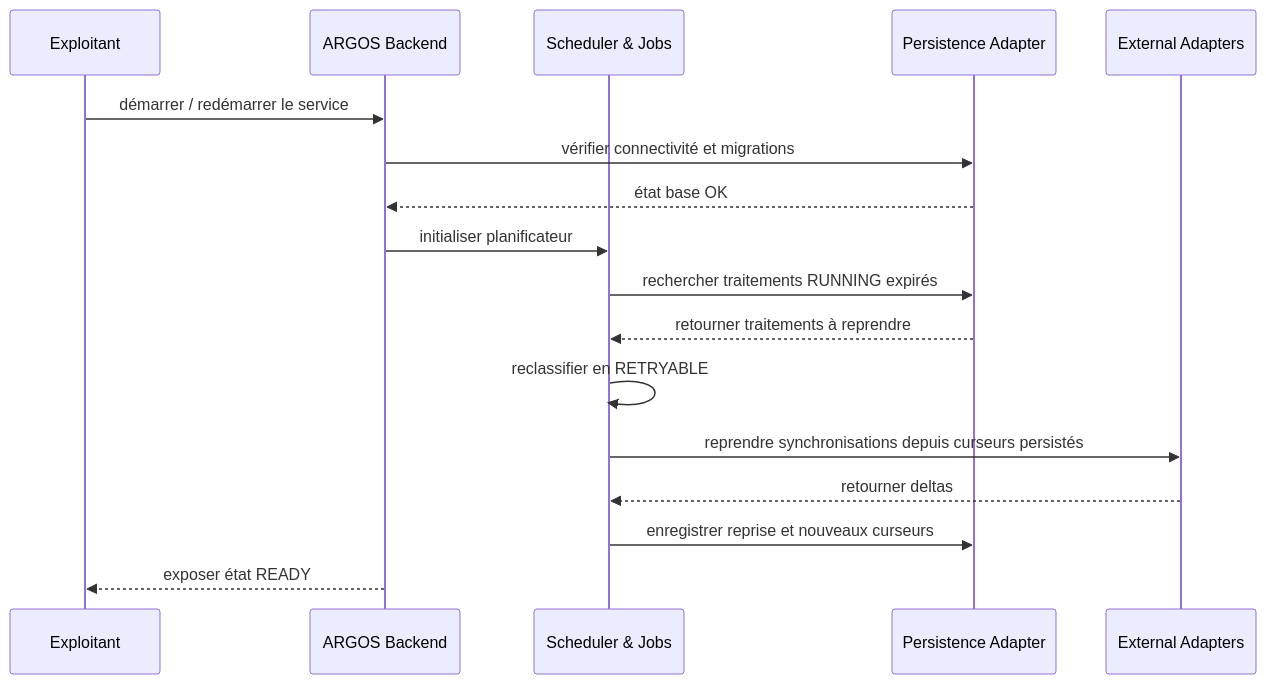
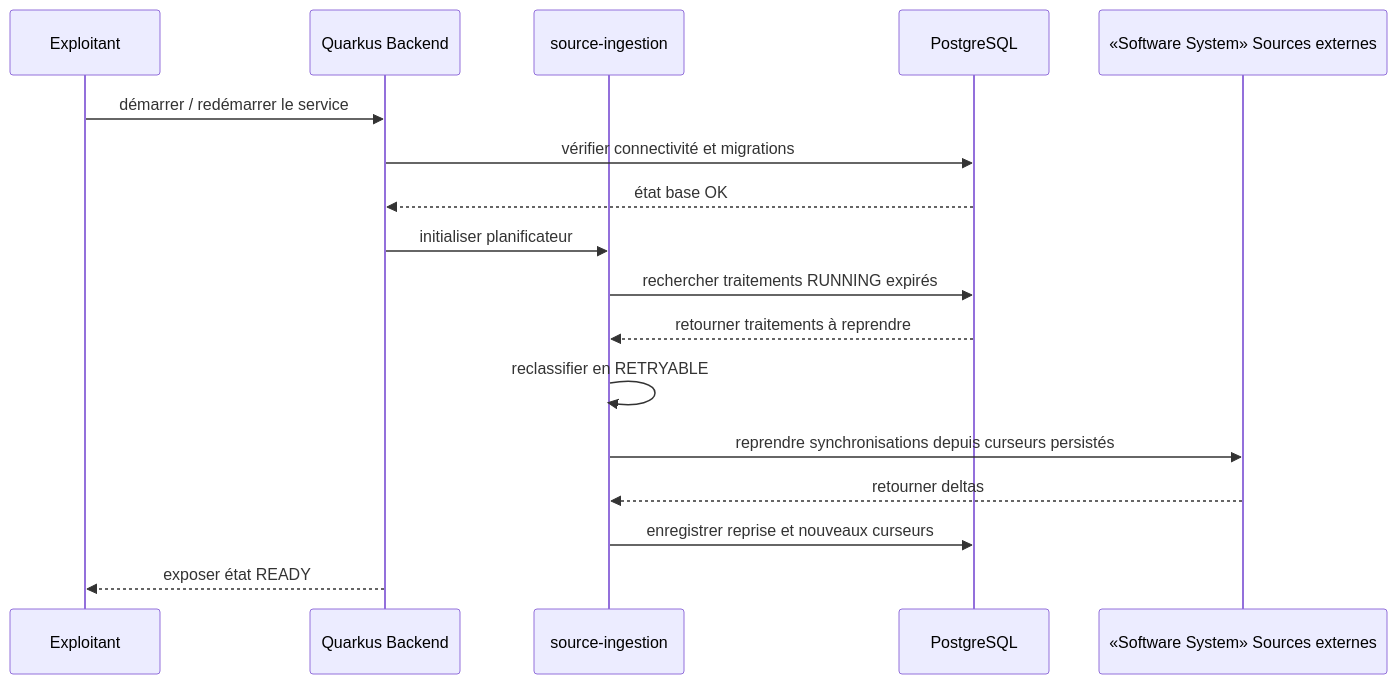
One commit to FTurleque/argos-tech-platform changed the sixth of 7 diagrams in docs/architecture/arc42/06-vue-execution.md. Above: the diagram before and after it, drawn with Mermaid. The commit also changed other lines of this file and 11 other files, not shown here.

````diff
--- a/docs/architecture/arc42/06-vue-execution.md
+++ b/docs/architecture/arc42/06-vue-execution.md
@@ -221,20 +201,20 @@
 ```mermaid
 sequenceDiagram
     participant Ops as Exploitant
-    participant Back as ARGOS Backend
-    participant Jobs as Scheduler & Jobs
-    participant Persist as Persistence Adapter
-    participant Ext as External Adapters
+    participant Back as Quarkus Backend
+    participant Ingestion as source-ingestion
+    participant Persist as PostgreSQL
+    participant Ext as «Software System» Sources externes
 
     Ops->>Back: démarrer / redémarrer le service
     Back->>Persist: vérifier connectivité et migrations
     Persist-->>Back: état base OK
-    Back->>Jobs: initialiser planificateur
-    Jobs->>Persist: rechercher traitements RUNNING expirés
-    Persist-->>Jobs: retourner traitements à reprendre
-    Jobs->>Jobs: reclassifier en RETRYABLE
-    Jobs->>Ext: reprendre synchronisations depuis curseurs persistés
-    Ext-->>Jobs: retourner deltas
-    Jobs->>Persist: enregistrer reprise et nouveaux curseurs
+    Back->>Ingestion: initialiser planificateur
+    Ingestion->>Persist: rechercher traitements RUNNING expirés
+    Persist-->>Ingestion: retourner traitements à reprendre
+    Ingestion->>Ingestion: reclassifier en RETRYABLE
+    Ingestion->>Ext: reprendre synchronisations depuis curseurs persistés
+    Ext-->>Ingestion: retourner deltas
+    Ingestion->>Persist: enregistrer reprise et nouveaux curseurs
     Back-->>Ops: exposer état READY
 ```
````
